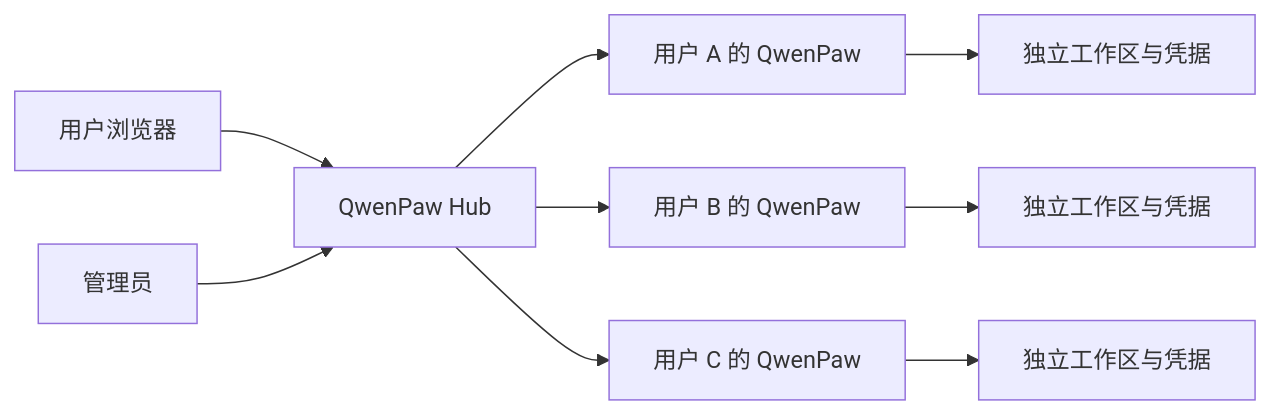
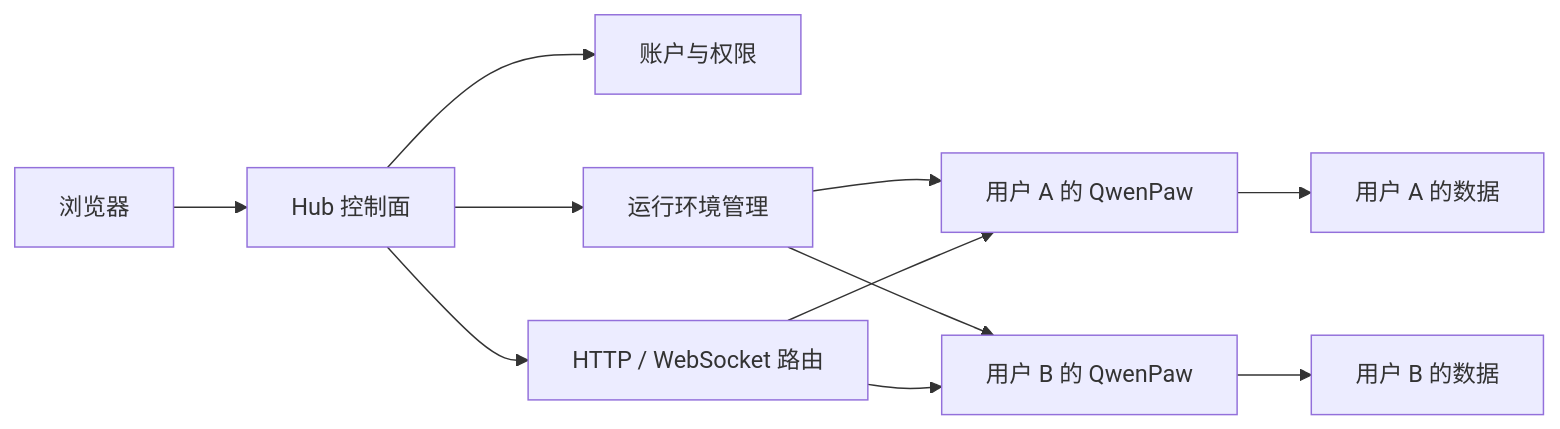
Before and after one commit to A-Archives-and-Forks/CoPaw: the diagram in website/public/blog/introducing-qwenpaw-hub.zh.md, drawn with Mermaid. The commit also changed other lines of this file and 3 other files, not shown here.

Commit message:
feat(docs): improve QwenPaw Hub guides and announcement (#7313)

````diff
--- a/website/public/blog/introducing-qwenpaw-hub.zh.md
+++ b/website/public/blog/introducing-qwenpaw-hub.zh.md
@@ -32,11 +45,13 @@
 ```mermaid
 flowchart LR
-    Browser[用户浏览器] --> Hub[QwenPaw Hub]
-    Admin[管理员] --> Hub
-    Hub --> R1[用户 A 的 QwenPaw]
-    Hub --> R2[用户 B 的 QwenPaw]
-    Hub --> R3[用户 C 的 QwenPaw]
-    R1 --> D1[独立工作区与凭据]
-    R2 --> D2[独立工作区与凭据]
-    R3 --> D3[独立工作区与凭据]
+    Browser[浏览器] --> Hub[Hub 控制面]
+    Hub --> Auth[账户与权限]
+    Hub --> Lifecycle[运行环境管理]
+    Hub --> Proxy[HTTP / WebSocket 路由]
+    Lifecycle --> R1[用户 A 的 QwenPaw]
+    Lifecycle --> R2[用户 B 的 QwenPaw]
+    Proxy --> R1
+    Proxy --> R2
+    R1 --> D1[用户 A 的数据]
+    R2 --> D2[用户 B 的数据]
 ```
````
